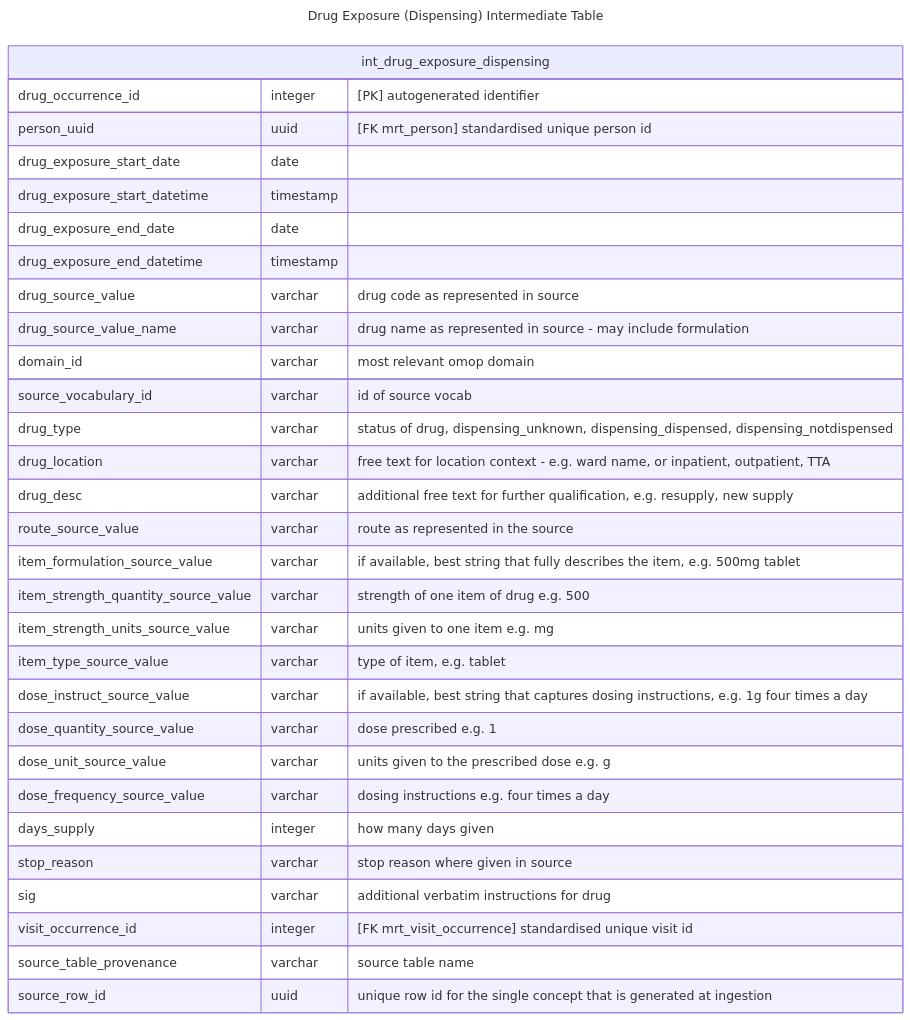
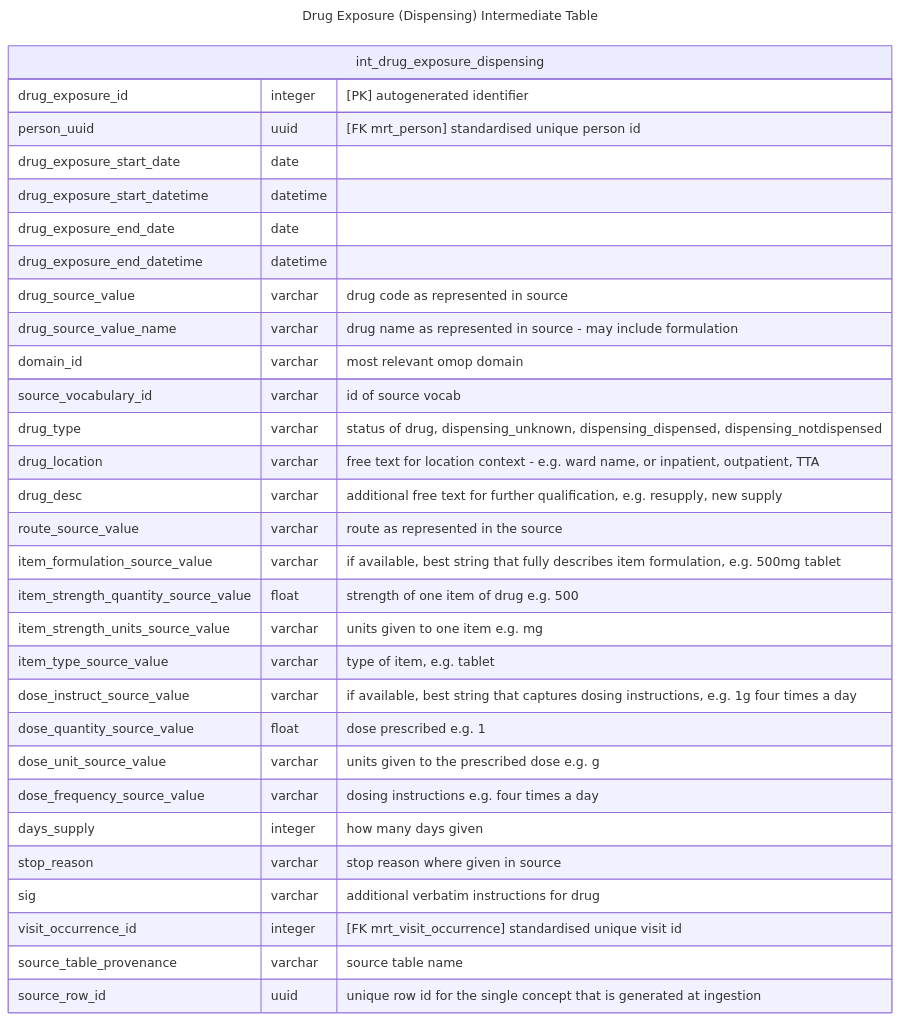
Before and after one commit to d3london/sde_aic_external_docs: the first of 4 diagrams in src/pages/data_model/cdm_drug_exposure.qmd, drawn with Mermaid. The commit also changed other lines of this file and 4 other files, not shown here.

````diff
--- a/src/pages/data_model/cdm_drug_exposure.qmd
+++ b/src/pages/data_model/cdm_drug_exposure.qmd
@@ -32,36 +32,36 @@
 ```{mermaid}
 ---
 title: Drug Exposure (Dispensing) Intermediate Table
 ---
 erDiagram
     int_drug_exposure_dispensing {
-        drug_occurrence_id integer "[PK] autogenerated identifier"
+        drug_exposure_id integer "[PK] autogenerated identifier"
         person_uuid uuid "[FK mrt_person] standardised unique person id"
         drug_exposure_start_date date
-        drug_exposure_start_datetime timestamp
+        drug_exposure_start_datetime datetime
         drug_exposure_end_date date
-        drug_exposure_end_datetime timestamp        
+        drug_exposure_end_datetime datetime        
         drug_source_value varchar "drug code as represented in source"
         drug_source_value_name varchar "drug name as represented in source - may include formulation"
         domain_id varchar "most relevant omop domain"
         source_vocabulary_id varchar "id of source vocab"
         drug_type varchar "status of drug, dispensing_unknown, dispensing_dispensed, dispensing_notdispensed"
         drug_location varchar "free text for location context - e.g. ward name, or inpatient, outpatient, TTA"
         drug_desc varchar "additional free text for further qualification, e.g. resupply, new supply"
         route_source_value varchar "route as represented in the source"
-        item_formulation_source_value varchar "if available, best string that fully describes the item, e.g. 500mg tablet"
-        item_strength_quantity_source_value varchar "strength of one item of drug e.g. 500"
+        item_formulation_source_value varchar "if available, best string that fully describes item formulation, e.g. 500mg tablet"
+        item_strength_quantity_source_value float "strength of one item of drug e.g. 500"
         item_strength_units_source_value varchar "units given to one item e.g. mg"        
         item_type_source_value varchar "type of item, e.g. tablet"
         dose_instruct_source_value varchar "if available, best string that captures dosing instructions, e.g. 1g four times a day"
-        dose_quantity_source_value varchar "dose prescribed e.g. 1"
+        dose_quantity_source_value float "dose prescribed e.g. 1"
         dose_unit_source_value varchar "units given to the prescribed dose e.g. g"
         dose_frequency_source_value varchar "dosing instructions e.g. four times a day"
         days_supply integer "how many days given"
         stop_reason varchar "stop reason where given in source"
         sig varchar "additional verbatim instructions for drug"
         visit_occurrence_id integer "[FK mrt_visit_occurrence] standardised unique visit id"
         source_table_provenance varchar "source table name"
         source_row_id uuid "unique row id for the single concept that is generated at ingestion"
     }
 ```
````
